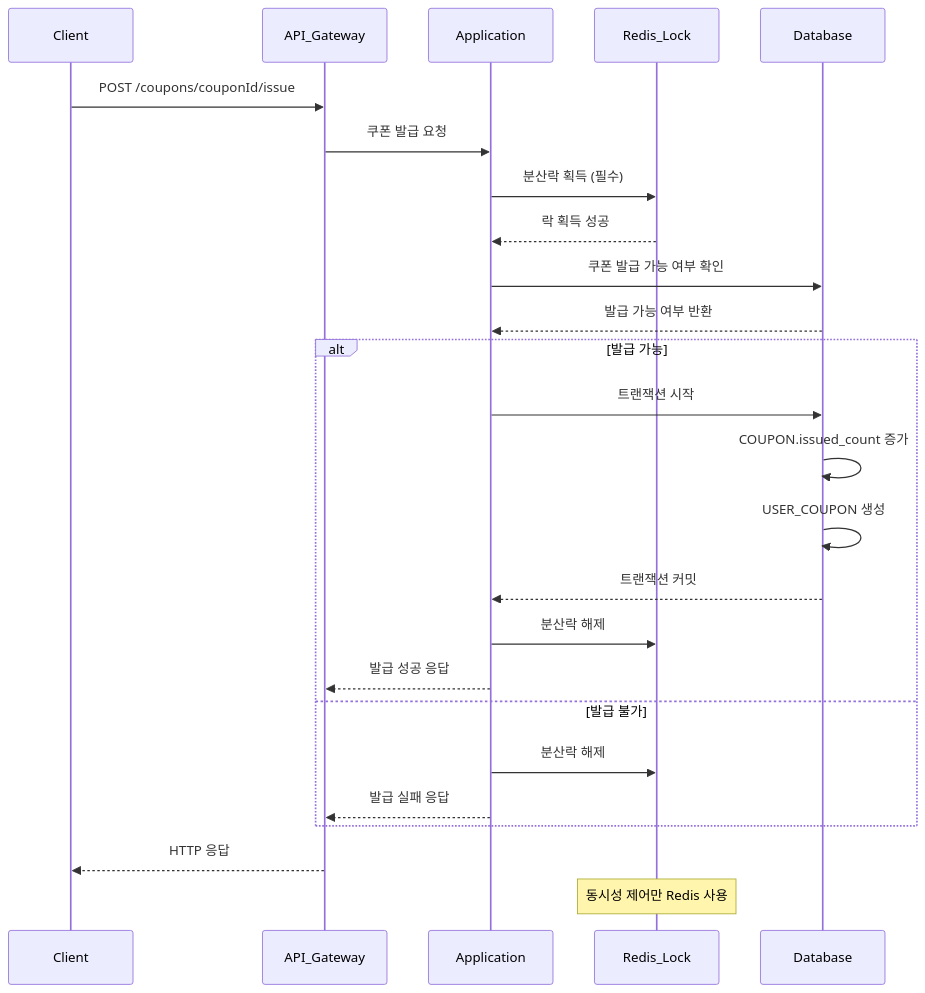
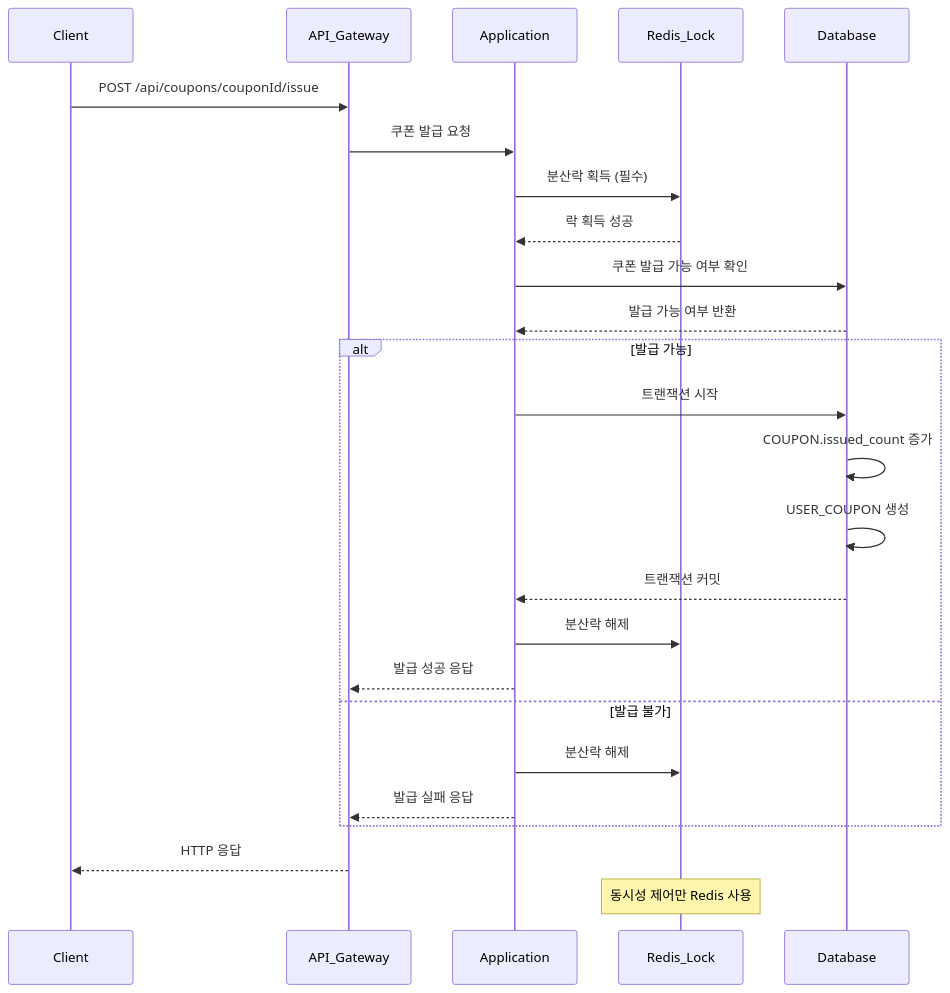
Before and after one commit to yuni02/hhplus-ecommerce: the fourth of 7 diagrams in docs/sequence_diagram.md, drawn with Mermaid. The commit also changed other lines of this file and 2 other files, not shown here.

````diff
--- a/docs/sequence_diagram.md
+++ b/docs/sequence_diagram.md
@@ -85,34 +85,34 @@
 ```mermaid
 sequenceDiagram
     participant Client as Client
     participant API as API_Gateway
     participant App as Application
     participant Redis as Redis_Lock
     participant DB as Database
 
-    Client->>API: POST /coupons/couponId/issue
+    Client->>API: POST /api/coupons/couponId/issue
     API->>App: 쿠폰 발급 요청
 
     App->>Redis: 분산락 획득 (필수)
     Redis-->>App: 락 획득 성공
 
     App->>DB: 쿠폰 발급 가능 여부 확인
     DB-->>App: 발급 가능 여부 반환
 
     alt 발급 가능
         App->>DB: 트랜잭션 시작
         DB->>DB: COUPON.issued_count 증가
         DB->>DB: USER_COUPON 생성
         DB-->>App: 트랜잭션 커밋
 
         App->>Redis: 분산락 해제
         App-->>API: 발급 성공 응답
     else 발급 불가
         App->>Redis: 분산락 해제
         App-->>API: 발급 실패 응답
     end
 
     API-->>Client: HTTP 응답
 
     Note over Redis: 동시성 제어만 Redis 사용
 ```
````
